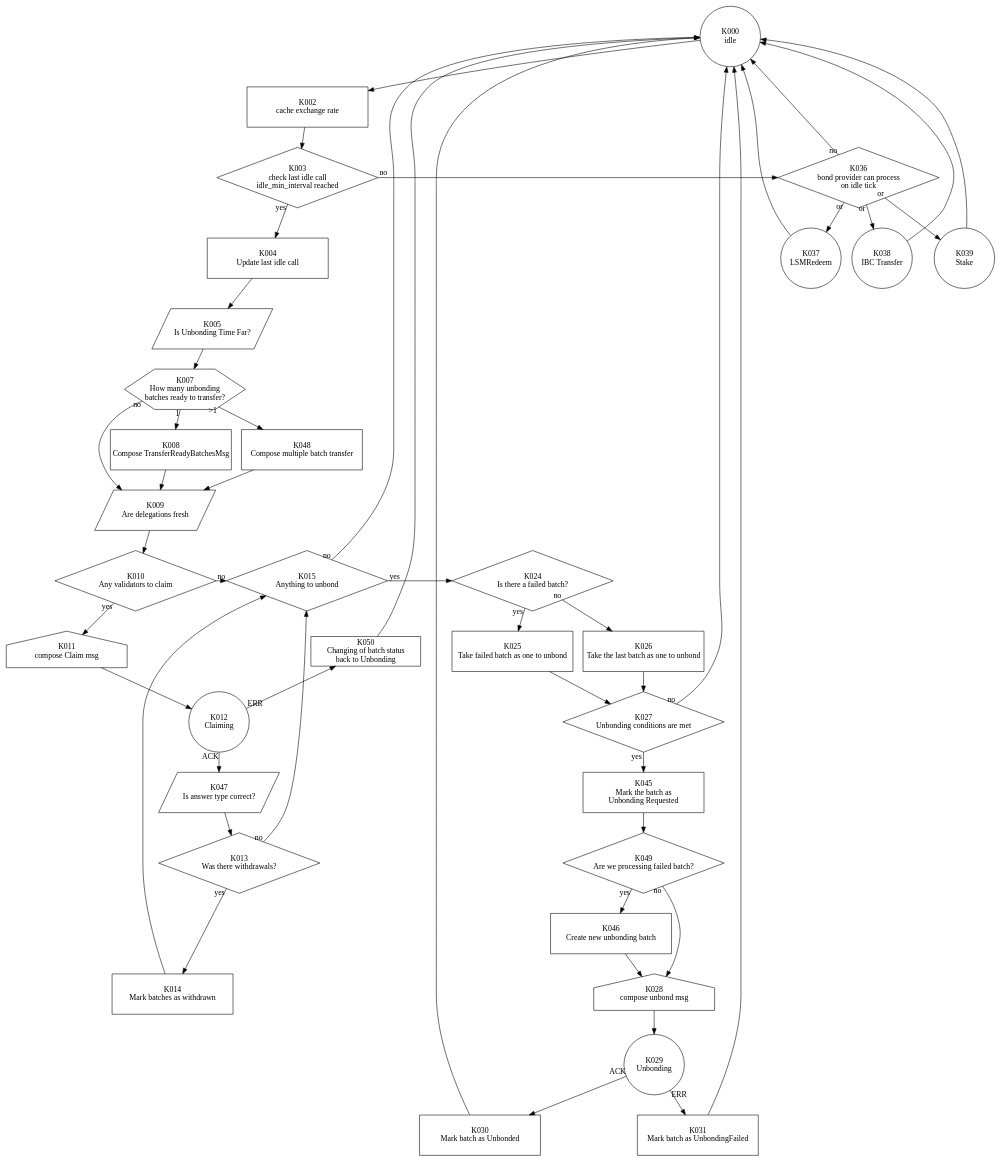
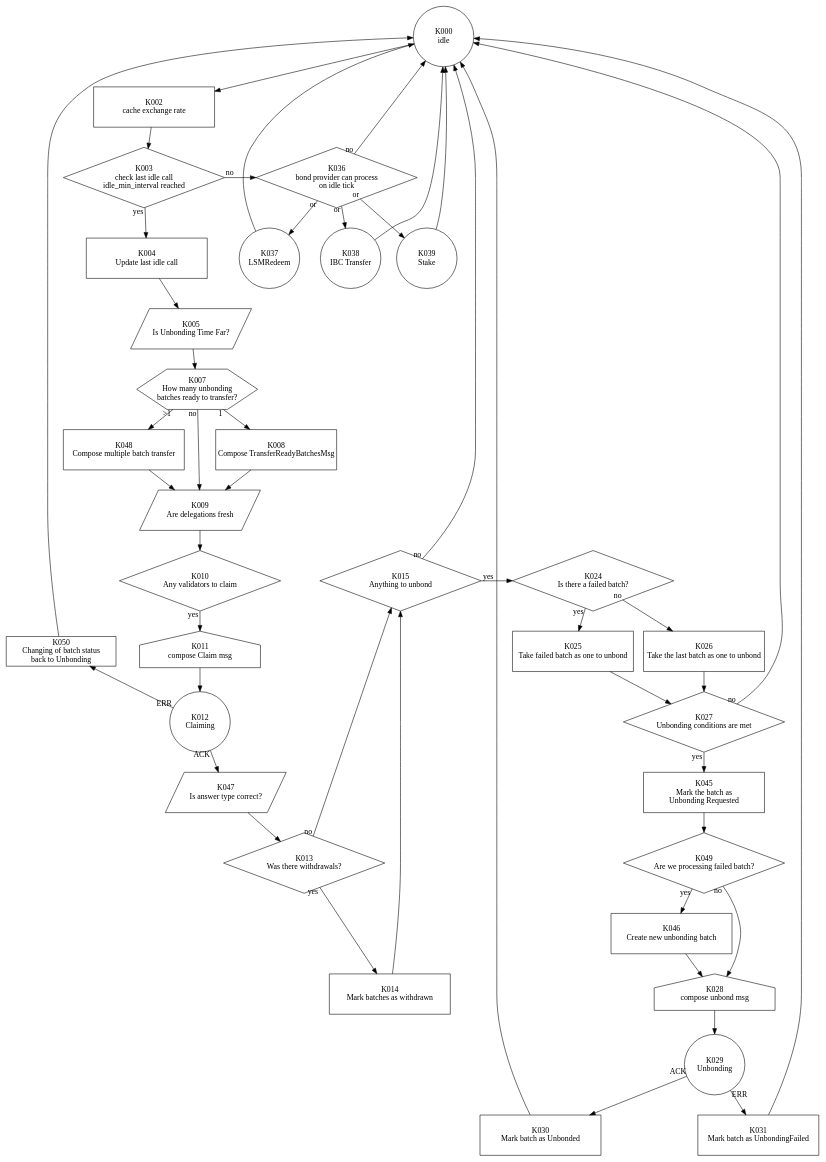
Before and after one commit to hadronlabs-org/drop-contracts: the diagram in graph.gv, drawn with Graphviz.

Commit message:
graph update

```diff
--- a/graph.gv
+++ b/graph.gv
@@ -1,164 +1,163 @@
 digraph G {
     layout = dot;
     rankdir = TB;
     
     subgraph {
         rank = same;
         K000 [label = "K000\nidle";shape = circle;fixedsize = true;width = 1.5;height = 1.5;];
     }
     
     subgraph {
         rank = same;
         K002 [label = "K002\ncache exchange rate";shape = box;fixedsize = true;width = 3;height = 1;];
     }
     
     subgraph {
         rank = same;
         K003 [label = "K003\ncheck last idle call\nidle_min_interval reached";shape = diamond;fixedsize = true;width = 4;height = 1.5;];
         K036 [label = "K036\nbond provider can process\non idle tick";shape = diamond;fixedsize = true;width = 4;height = 1.5;];
     }
     
     subgraph {
         rank = same;
         K004 [label = "K004\nUpdate last idle call";shape = box;fixedsize = true;width = 3;height = 1;];
         K037 [label = "K037\nLSMRedeem";shape = circle;fixedsize = true;width = 1.5;height = 1.5;];
         K038 [label = "K038\nIBC Transfer";shape = circle;fixedsize = true;width = 1.5;height = 1.5;];
         K039 [label = "K039\nStake";shape = circle;fixedsize = true;width = 1.5;height = 1.5;];
     }
     
     subgraph {
         rank = same;
         K005 [label = "K005\nIs Unbonding Time Far?";shape = polygon;sides = 4;skew = .4;fixedsize = true;width = 3;height = 1;];
     }
     
     subgraph {
         rank = same;
         K007 [label = "K007\nHow many unbonding\nbatches ready to transfer?";shape = hexagon;fixedsize = true;width = 3;height = 1;];
     }
     
     subgraph {
         rank = same;
         K008 [label = "K008\nCompose TransferReadyBatchesMsg";shape = box;fixedsize = true;width = 3;height = 1;];
         K048 [label = "K048\nCompose multiple batch transfer";shape = box;fixedsize = true;width = 3;height = 1;];
     }
     
     subgraph {
         rank = same;
         K009 [label = "K009\nAre delegations fresh";shape = polygon;sides = 4;skew = .4;fixedsize = true;width = 3;height = 1;];
     }
     
     subgraph {
         rank = same;
         K010 [label = "K010\nAny validators to claim";shape = diamond;fixedsize = true;width = 4;height = 1.5;];
         K015 [label = "K015\nAnything to unbond";shape = diamond;fixedsize = true;width = 4;height = 1.5;];
         K024 [label = "K024\nIs there a failed batch?";shape = diamond;fixedsize = true;width = 4;height = 1.5;];
     }
     
     subgraph {
         rank = same;
         K011 [label = "K011\ncompose Claim msg";shape = house;fixedsize = true;width = 3;height = 1;];
         K025 [label = "K025\nTake failed batch as one to unbond";shape = box;fixedsize = true;width = 3;height = 1;];
         K026 [label = "K026\nTake the last batch as one to unbond";shape = box;fixedsize = true;width = 3;height = 1;];
         K050 [label = "K050\nChanging of batch status\nback to Unbonding";shape = box;];
     }
     
     subgraph {
         rank = same;
         K012 [label = "K012\nClaiming";shape = circle;fixedsize = true;width = 1.5;height = 1.5;];
         K027 [label = "K027\nUnbonding conditions are met";shape = diamond;fixedsize = true;width = 4;height = 1.5;];
     }
     
     subgraph {
         rank = same;
         K047 [label = "K047\nIs answer type correct?";shape = polygon;sides = 4;skew = .4;fixedsize = true;width = 3;height = 1;];
         K045 [label = "K045\nMark the batch as\nUnbonding Requested";shape = box;fixedsize = true;width = 3;height = 1;];
     }
     
     subgraph {
         K046 [label = "K046\nCreate new unbonding batch";shape = box;fixedsize = true;width = 3;height = 1;];
         K013 [label = "K013\nWas there withdrawals?";shape = diamond;fixedsize = true;width = 4;height = 1.5;];
         K049 [label = "K049\nAre we processing failed batch?";shape = diamond;fixedsize = true;width = 4;height = 1.5;];
     }
     
     subgraph {
         rank = same;
         K014 [label = "K014\nMark batches as withdrawn";shape = box;fixedsize = true;width = 3;height = 1;];
         K028 [label = "K028\ncompose unbond msg";shape = house;fixedsize = true;width = 3;height = 1;];
     }
     
     subgraph {
         rank = same;
         K029 [label = "K029\nUnbonding";shape = circle;fixedsize = true;width = 1.5;height = 1.5;];
     }
     
     subgraph {
         rank = same;
         
         K030 [label = "K030\nMark batch as Unbonded";shape = box;fixedsize = true;width = 3;height = 1;];
         K031 [label = "K031\nMark batch as UnbondingFailed";shape = box;fixedsize = true;width = 3;height = 1;];
     }
     
     K000 -> K002;
     K002 -> K003;
     K003 -> K036 [taillabel = "no";];
     
     K036 -> K000 [taillabel = "no";];
     
     K036 -> K037 [taillabel = "or";];
     K037 -> K000;
     
     K036 -> K038 [taillabel = "or";];
     K038 -> K000;
     
     K036 -> K039 [taillabel = "or";];
     K039 -> K000;
     
     K003 -> K004 [taillabel = "yes";];
     K004 -> K005;
     K005 -> K007;
     
     K007 -> K008 [taillabel = "1";];
     K007 -> K048 [taillabel = ">1";];
     K007 -> K009 [taillabel = "no";];
     
     K008 -> K009;
     K048 -> K009;
     
     K009 -> K010;
-    K010 -> K015 [taillabel = "no";];
     
     K015 -> K000 [taillabel = "no";];
     
     K015 -> K024 [taillabel = "yes";];
     
     K024 -> K025 [taillabel = "yes";];
     K028 -> K029;
     
     K024 -> K026 [taillabel = "no";];
     K010 -> K011 [taillabel = "yes";];
     K011 -> K012;
     
     K013 -> K014 [taillabel = "yes";];
     K013 -> K015 [taillabel = "no";];
     
     K012 -> K047 [taillabel = "ACK";];
     K012 -> K050 [taillabel = "ERR";];
     K050 -> K000;
     K047 -> K013;
     K014 -> K015;
     
     K029 -> K030 [taillabel = "ACK";];
     K029 -> K031 [taillabel = "ERR";];
     
     K030 -> K000;
     K031 -> K000;
     K025 -> K027;
     K026 -> K027;
     
     K027 -> K045 [taillabel = "yes";];
     K027 -> K000 [taillabel = "no";];
     K045 -> K049;
     K049 -> K046 [taillabel = "yes";];
     K049 -> K028 [taillabel = "no";];
     K046 -> K028;
 }
```
